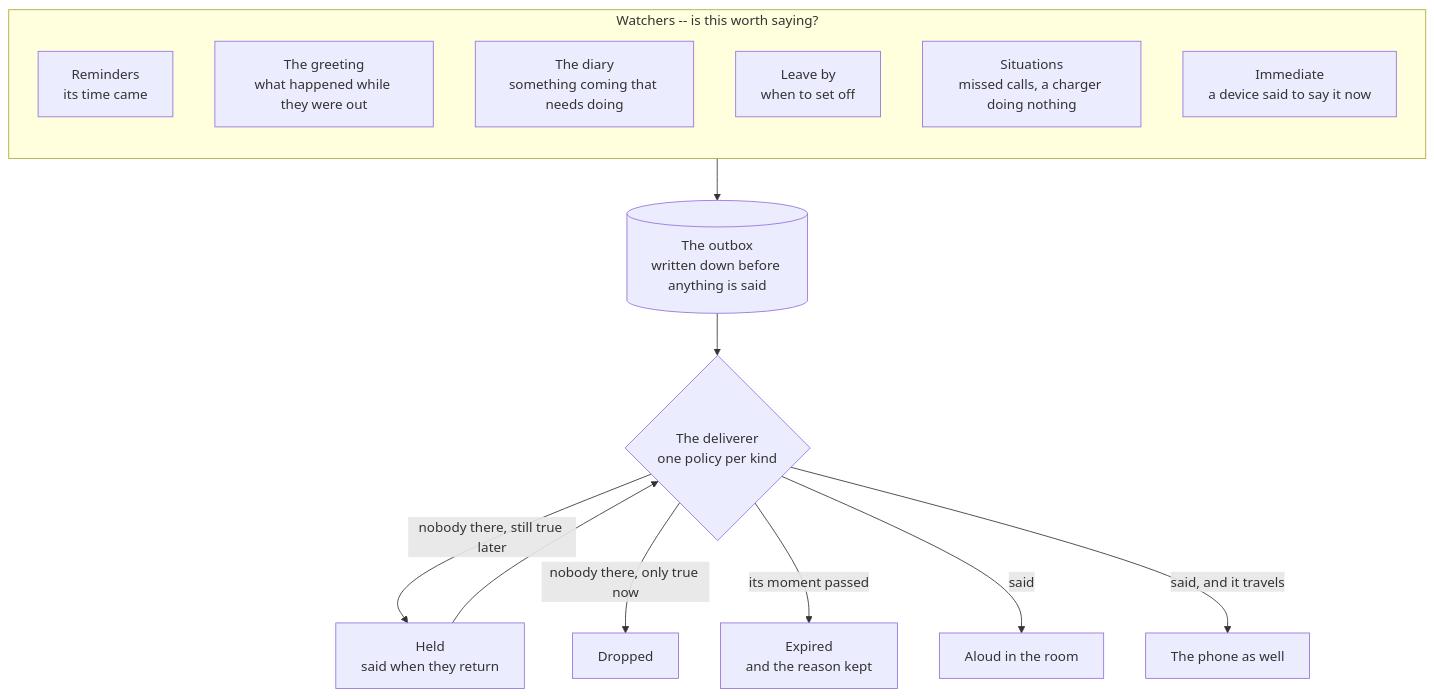
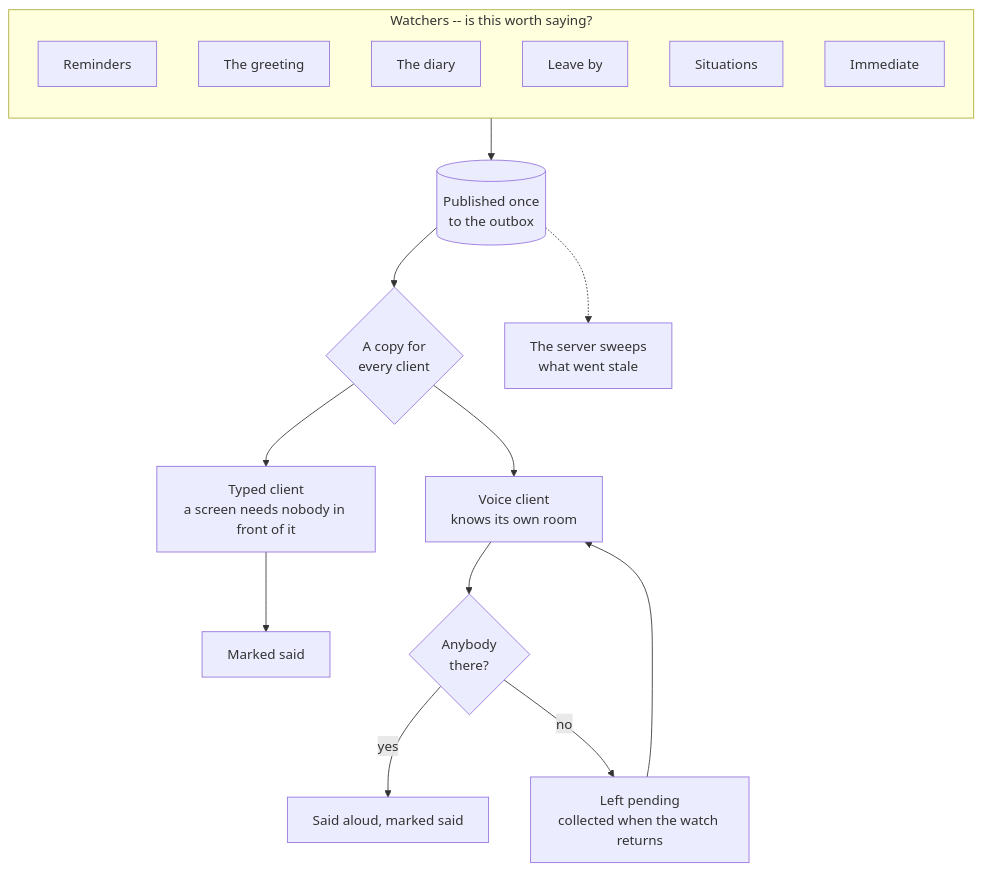
One commit to DhanushRamesh/personal-assistant changed the third of 4 diagrams in FEATURES.md. Above: the diagram before and after it, drawn with Mermaid. The commit also changed other lines of this file and 13 other files, not shown here.

````diff
--- a/FEATURES.md
+++ b/FEATURES.md
@@ -92,23 +92,26 @@
 ```mermaid
 flowchart TB
     subgraph W["Watchers -- is this worth saying?"]
         direction TB
-        RL["Reminders<br/>its time came"]
-        GR["The greeting<br/>what happened while they were out"]
-        CO["The diary<br/>something coming that needs doing"]
-        LV["Leave by<br/>when to set off"]
-        SIT["Situations<br/>missed calls, a charger doing nothing"]
-        NOT["Immediate<br/>a device said to say it now"]
+        RL["Reminders"]
+        GR["The greeting"]
+        CO["The diary"]
+        LV["Leave by"]
+        SIT["Situations"]
+        NOT["Immediate"]
     end
 
-    W --> OUT[("The outbox<br/>written down before anything is said")]
-    OUT --> D{"The deliverer<br/>one policy per kind"}
+    W --> PUB[("Published once<br/>to the outbox")]
+    PUB --> FAN{"A copy for<br/>every client"}
 
-    D -- "nobody there, still true later" --> HELD["Held<br/>said when they return"]
-    D -- "nobody there, only true now" --> DROP["Dropped"]
-    D -- "its moment passed" --> EXP["Expired<br/>and the reason kept"]
-    D -- "said" --> SPEAK["Aloud in the room"]
-    D -- "said, and it travels" --> PHONE["The phone as well"]
+    FAN --> TY["Typed client<br/>a screen needs nobody in front of it"]
+    FAN --> VO["Voice client<br/>knows its own room"]
 
-    HELD --> D
+    TY --> SAID1["Marked said"]
+    VO --> P{"Anybody<br/>there?"}
+    P -- "yes" --> SAID2["Said aloud, marked said"]
+    P -- "no" --> PEND["Left pending<br/>collected when the watch returns"]
+    PEND --> VO
+
+    PUB -.-> SW["The server sweeps<br/>what went stale"]
 ```
````
